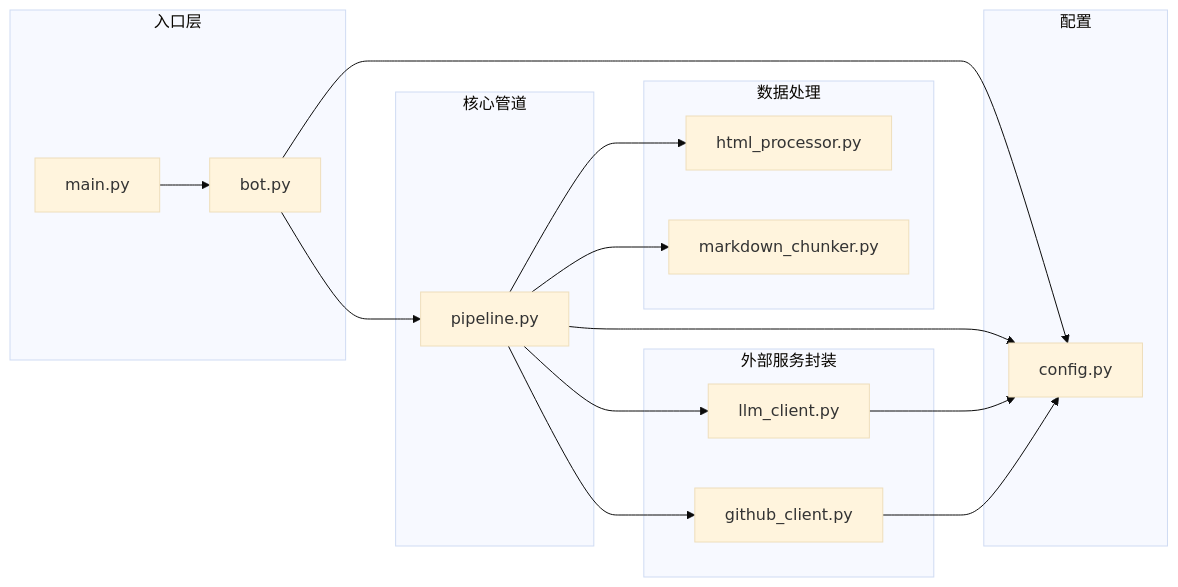
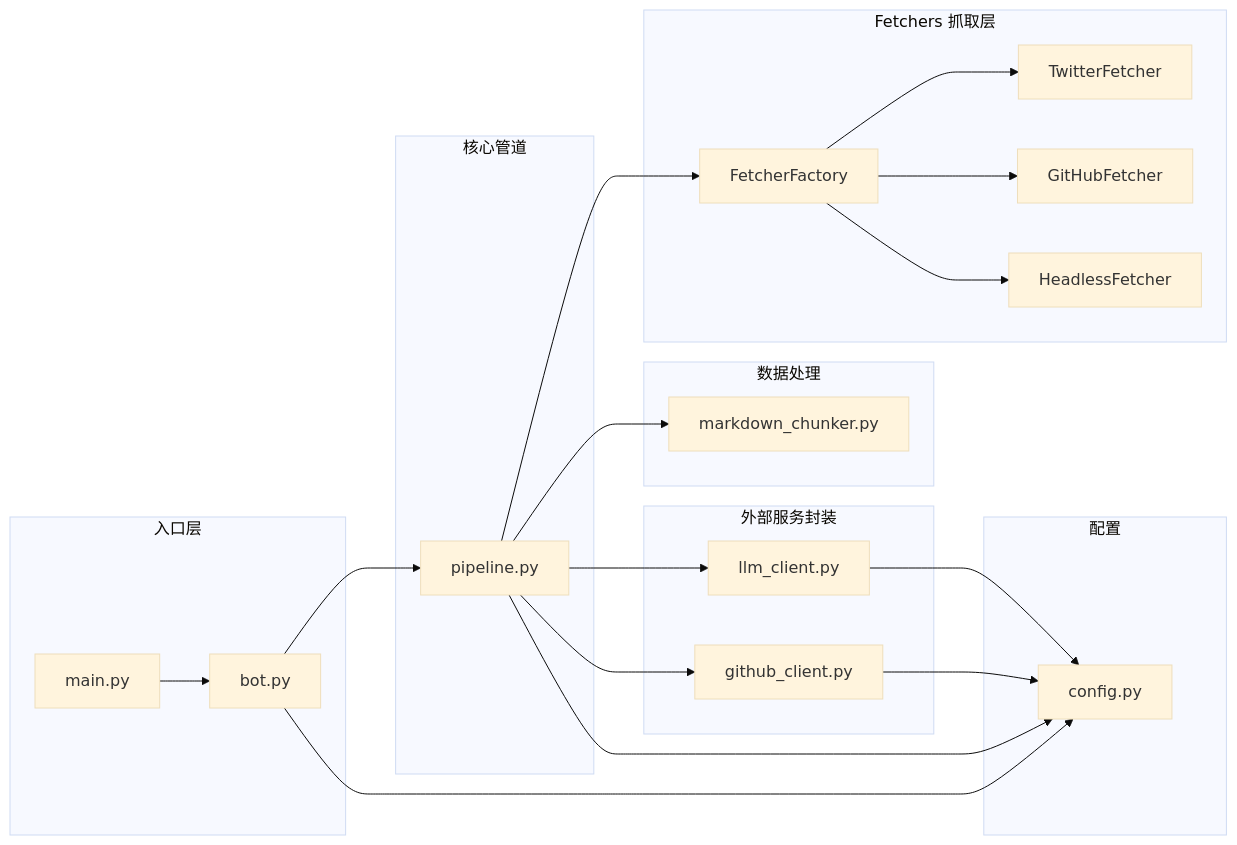
One commit to tiaot33/websum-to-git changed the first of 2 diagrams in src/websum_to_git/CLAUDE.md. Above: the diagram before and after it, drawn with Mermaid (base theme). The commit also changed other lines of this file and 26 other files, not shown here.

````diff
--- a/src/websum_to_git/CLAUDE.md
+++ b/src/websum_to_git/CLAUDE.md
@@ -12,37 +12,46 @@
 ```mermaid
 graph LR
     subgraph 入口层
         MAIN[main.py]
         BOT[bot.py]
     end
 
     subgraph 核心管道
         PIPE[pipeline.py]
     end
 
+    subgraph Fetchers 抓取层
+        FF[FetcherFactory]
+        TF[TwitterFetcher]
+        GF[GitHubFetcher]
+        HF[HeadlessFetcher]
+    end
+
     subgraph 数据处理
-        HTML[html_processor.py]
         CHUNK[markdown_chunker.py]
     end
 
     subgraph 外部服务封装
         LLM[llm_client.py]
         GH[github_client.py]
     end
 
     subgraph 配置
         CFG[config.py]
     end
 
     MAIN --> BOT
     BOT --> PIPE
-    PIPE --> HTML
+    PIPE --> FF
+    FF --> TF
+    FF --> GF
+    FF --> HF
     PIPE --> CHUNK
     PIPE --> LLM
     PIPE --> GH
 
     BOT --> CFG
     PIPE --> CFG
     LLM --> CFG
     GH --> CFG
 ```
````
